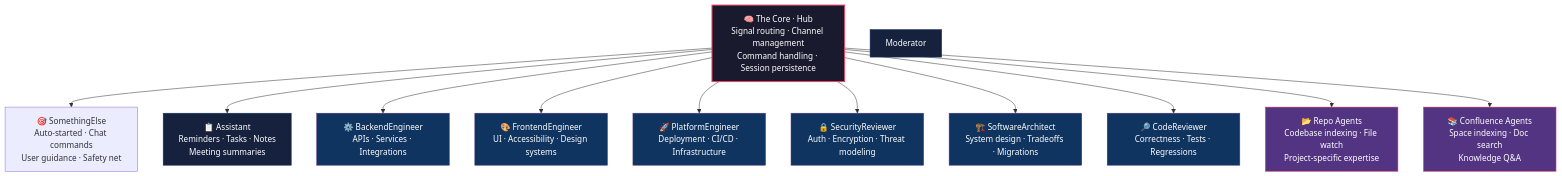
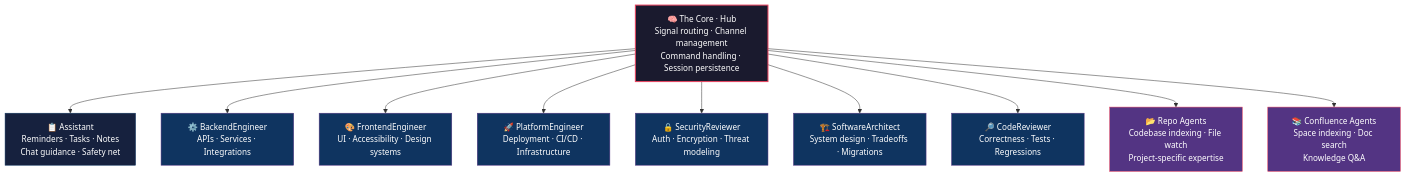
Before and after one commit to camronwood/neural-junkie: the diagram in README.md, drawn with Mermaid. The commit also changed other lines of this file and 148 other files, not shown here.

````diff
--- a/README.md
+++ b/README.md
@@ -23,29 +23,27 @@
 ```mermaid
 graph TB
     Core[🧠 The Core · Hub<br/>Signal routing · Channel management<br/>Command handling · Session persistence]
 
-    Core --> SomethingElse[🎯 SomethingElse<br/>Auto-started · Chat commands<br/>User guidance · Safety net]
-    Core --> Assistant[📋 Assistant<br/>Reminders · Tasks · Notes<br/>Meeting summaries]
+    Core --> Assistant[📋 Assistant<br/>Reminders · Tasks · Notes<br/>Chat guidance · Safety net]
 
     Core --> BackendEngineer[⚙️ BackendEngineer<br/>APIs · Services · Integrations]
     Core --> FrontendEngineer[🎨 FrontendEngineer<br/>UI · Accessibility · Design systems]
     Core --> PlatformEngineer[🚀 PlatformEngineer<br/>Deployment · CI/CD · Infrastructure]
     Core --> SecurityReviewer[🔒 SecurityReviewer<br/>Auth · Encryption · Threat modeling]
     Core --> SoftwareArchitect[🏗️ SoftwareArchitect<br/>System design · Tradeoffs · Migrations]
     Core --> CodeReviewer[🔎 CodeReviewer<br/>Correctness · Tests · Regressions]
 
     Core --> RepoAgents[📂 Repo Agents<br/>Codebase indexing · File watch<br/>Project-specific expertise]
     Core --> ConfluenceAgents[📚 Confluence Agents<br/>Space indexing · Doc search<br/>Knowledge Q&A]
 
     style Core fill:#1a1a2e,stroke:#e94560,color:#fff,stroke-width:2px
-    style Moderator fill:#16213e,stroke:#0f3460,color:#fff
     style Assistant fill:#16213e,stroke:#0f3460,color:#fff
     style BackendEngineer fill:#0f3460,stroke:#533483,color:#fff
     style FrontendEngineer fill:#0f3460,stroke:#533483,color:#fff
     style PlatformEngineer fill:#0f3460,stroke:#533483,color:#fff
     style SecurityReviewer fill:#0f3460,stroke:#533483,color:#fff
     style SoftwareArchitect fill:#0f3460,stroke:#533483,color:#fff
     style CodeReviewer fill:#0f3460,stroke:#533483,color:#fff
     style RepoAgents fill:#533483,stroke:#e94560,color:#fff
     style ConfluenceAgents fill:#533483,stroke:#e94560,color:#fff
 ```
````
